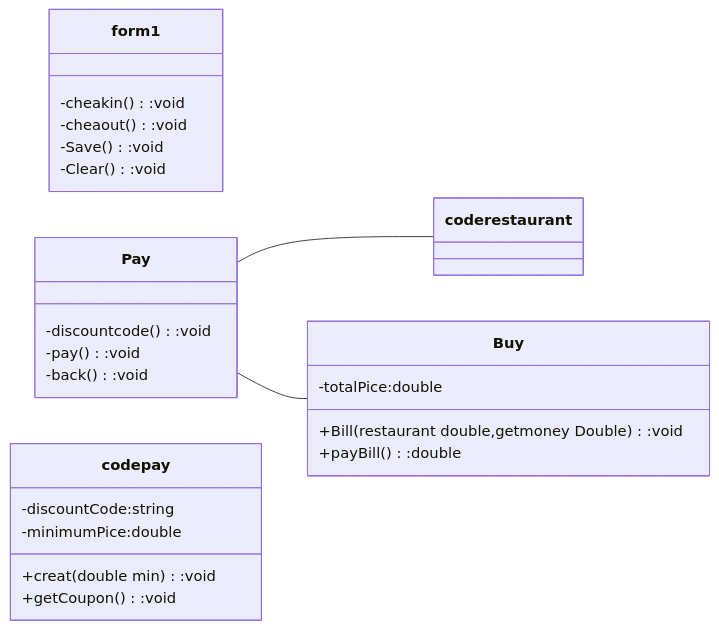
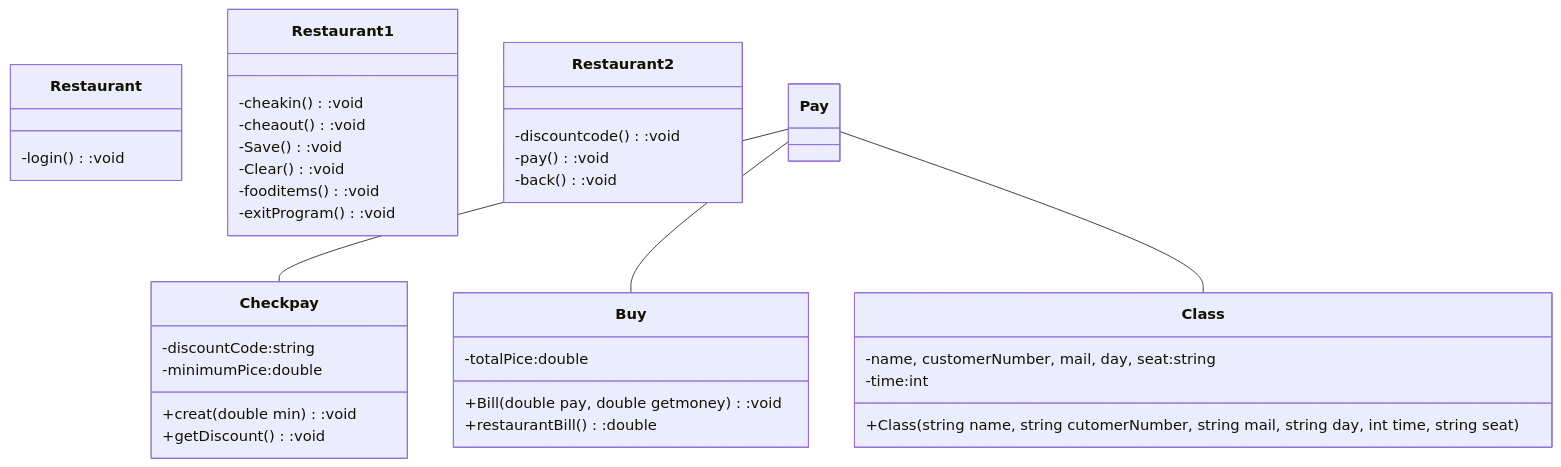
One commit to Nuntawat22/Final-OOP-Project changed the diagram in README.md. Above: the diagram before and after it, drawn with Mermaid.

````diff
--- a/README.md
+++ b/README.md
@@ -13,29 +13,40 @@
  ```mermaid
 classDiagram
-  direction LR
-  class form1{
+  direction RT
+  class Restaurant{
+  -login():void
+}
+class Restaurant1{
   -cheakin():void
   -cheaout():void
   -Save():void
   -Clear():void
+  -fooditems():void
+  -exitProgram():void
 }
-  class Pay{
+  class Restaurant2{
   -discountcode():void
   -pay():void
   -back():void
   }
-  class codepay{
+  class Checkpay{
   -discountCode:string
   -minimumPice:double
   +creat(double min):void
-  +getCoupon():void
+  +getDiscount():void
   }
   class Buy{
   -totalPice:double
-  +Bill(restaurant double,getmoney Double):void
-  +payBill():double
+  +Bill(double pay, double getmoney):void
+  +restaurantBill():double
    }
-   Pay -- coderestaurant
+   class Class{
+   -name, customerNumber, mail, day, seat:string
+   -time:int
+   +Class(string name, string cutomerNumber, string mail, string day, int time, string seat)
+   }
+   Pay -- Checkpay
    Pay -- Buy
+   Pay -- Class
    
   ```
````
